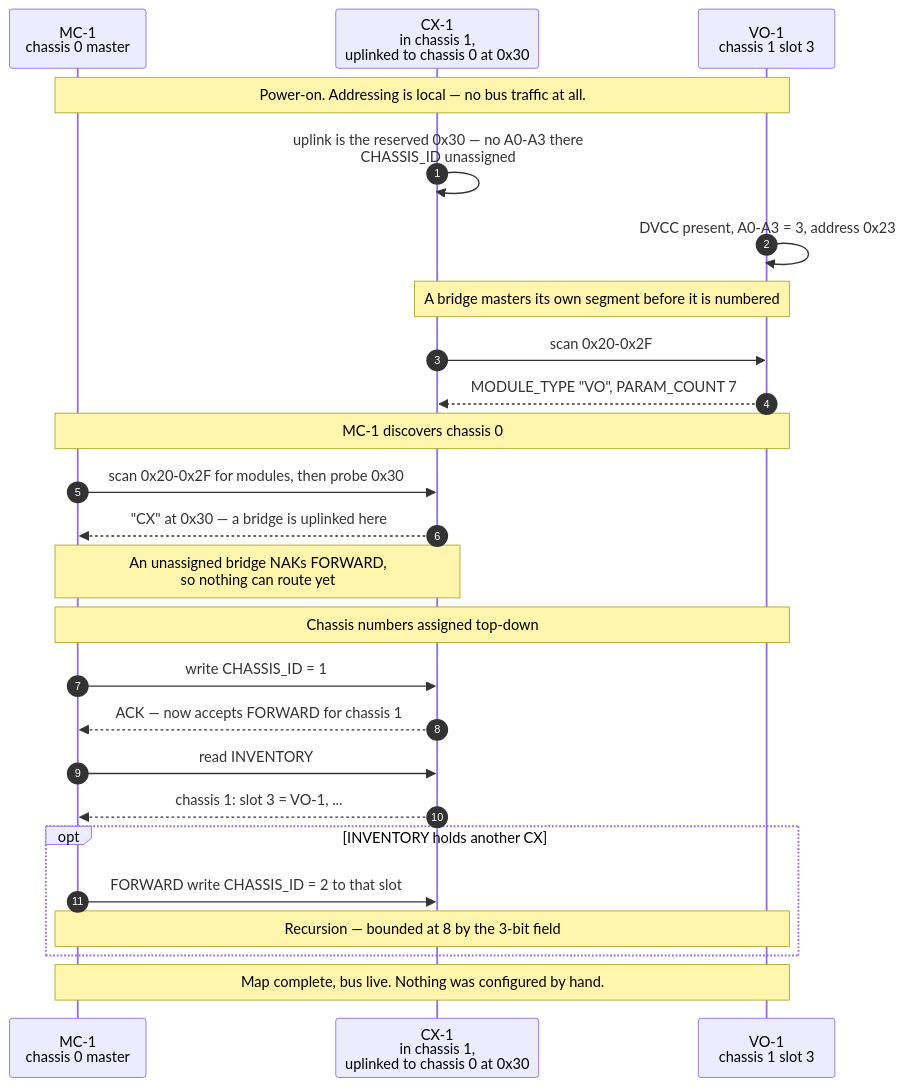
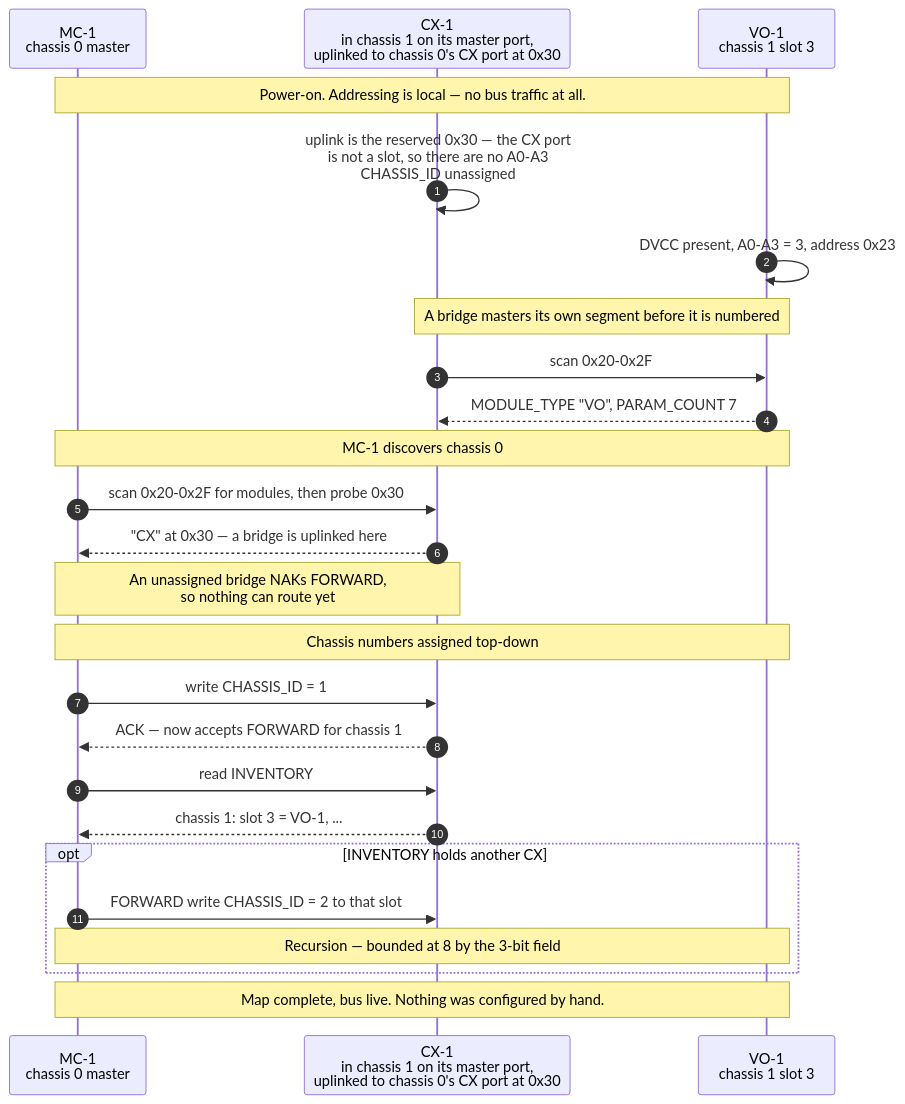
The first of 3 diagrams in BUS.md (rvodden/fluxtron), drawn with Mermaid before and after one commit. The commit also changed other lines of this file and 1 other file, not shown here.

````diff
--- a/BUS.md
+++ b/BUS.md
@@ -372,33 +384,33 @@
 ```mermaid
 sequenceDiagram
     autonumber
     participant MC1 as MC-1<br/>chassis 0 master
-    participant CX1 as CX-1<br/>in chassis 1,<br/>uplinked to chassis 0 at 0x30
+    participant CX1 as CX-1<br/>in chassis 1 on its master port,<br/>uplinked to chassis 0's CX port at 0x30
     participant VO1 as VO-1<br/>chassis 1 slot 3
 
     Note over MC1,VO1: Power-on. Addressing is local — no bus traffic at all.
-    CX1->>CX1: uplink is the reserved 0x30 — no A0-A3 there<br/>CHASSIS_ID unassigned
+    CX1->>CX1: uplink is the reserved 0x30 — the CX port<br/>is not a slot, so there are no A0-A3<br/>CHASSIS_ID unassigned
     VO1->>VO1: DVCC present, A0-A3 = 3, address 0x23
 
     Note over CX1,VO1: A bridge masters its own segment before it is numbered
     CX1->>VO1: scan 0x20-0x2F
     VO1-->>CX1: MODULE_TYPE "VO", PARAM_COUNT 7
 
     Note over MC1,VO1: MC-1 discovers chassis 0
     MC1->>CX1: scan 0x20-0x2F for modules, then probe 0x30
     CX1-->>MC1: "CX" at 0x30 — a bridge is uplinked here
     Note over MC1,CX1: An unassigned bridge NAKs FORWARD,<br/>so nothing can route yet
 
     Note over MC1,VO1: Chassis numbers assigned top-down
     MC1->>CX1: write CHASSIS_ID = 1
     CX1-->>MC1: ACK — now accepts FORWARD for chassis 1
     MC1->>CX1: read INVENTORY
     CX1-->>MC1: chassis 1: slot 3 = VO-1, ...
 
     opt INVENTORY holds another CX
         MC1->>CX1: FORWARD write CHASSIS_ID = 2 to that slot
         Note over MC1,VO1: Recursion — bounded at 8 by the 3-bit field
     end
 
     Note over MC1,VO1: Map complete, bus live. Nothing was configured by hand.
 ```
````
